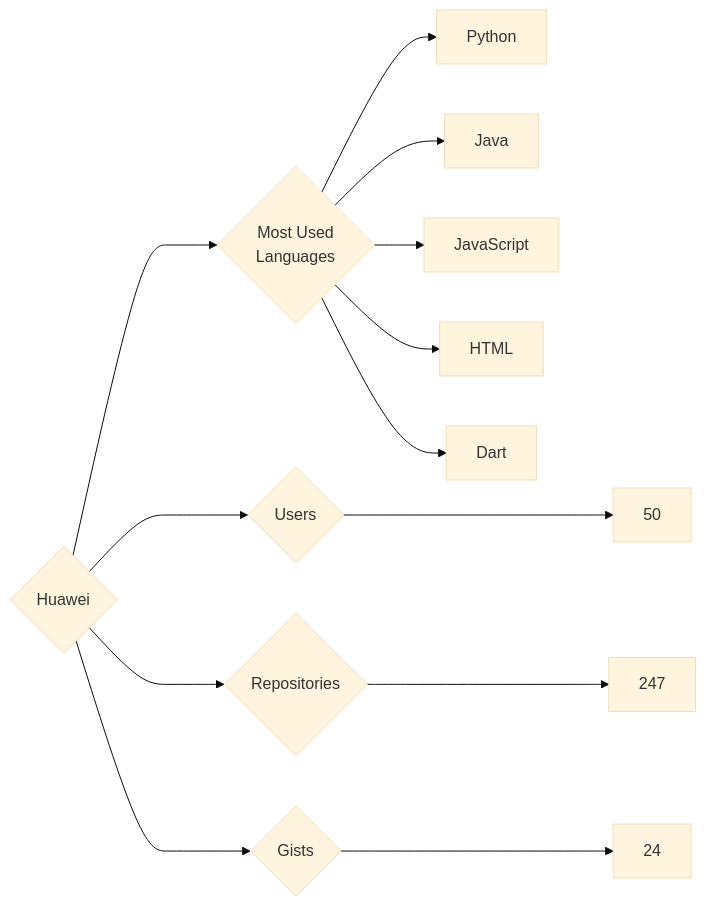
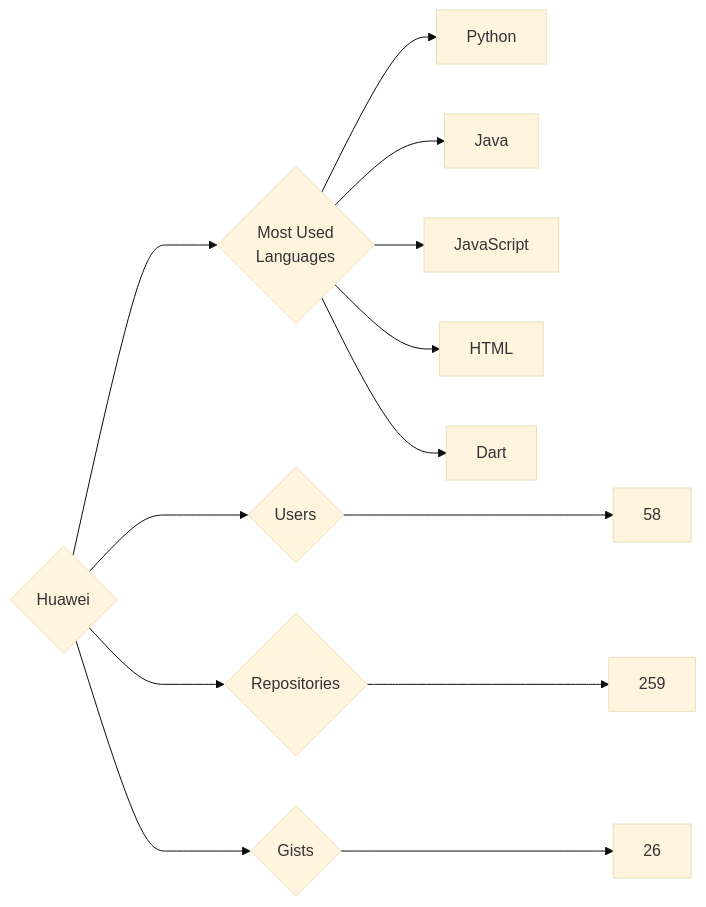
Before and after one commit to trickest/insiders: the diagram in targets/Huawei/README.md, drawn with Mermaid (base theme). The commit also changed 914 other files, not shown here.

````diff
--- a/targets/Huawei/README.md
+++ b/targets/Huawei/README.md
@@ -3,13 +3,13 @@
 ```mermaid
 graph LR
 COMPANY_NAME{Huawei}
-COMPANY_NAME ---> U{Users} ---> UN[50]
-COMPANY_NAME ---> R{Repositories} ---> RN[247]
-COMPANY_NAME ---> G{Gists} ---> GN[24]
+COMPANY_NAME ---> U{Users} ---> UN[58]
+COMPANY_NAME ---> R{Repositories} ---> RN[259]
+COMPANY_NAME ---> G{Gists} ---> GN[26]
 COMPANY_NAME ---> ML{Most Used<br>Languages}
 ML --> Python[Python]
 ML --> Java[Java]
 ML --> JavaScript[JavaScript]
 ML --> HTML[HTML]
 ML --> Dart[Dart]
 ```
````
